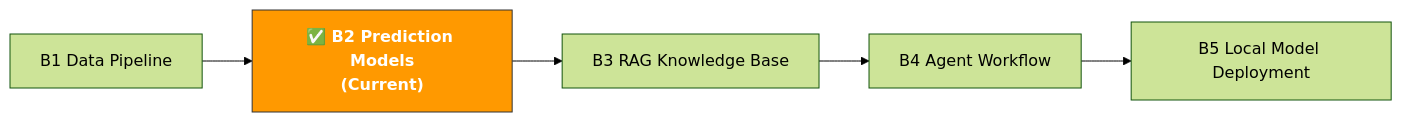
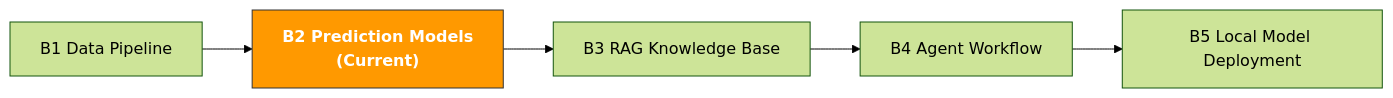
One commit to kangise/ecommerce-ai-roadmap changed the diagram in en/paths/b-developers/b2-prediction-models.md. Above: the diagram before and after it, drawn with Mermaid (forest theme). The commit also changed other lines of this file and 185 other files, not shown here.

````diff
--- a/en/paths/b-developers/b2-prediction-models.md
+++ b/en/paths/b-developers/b2-prediction-models.md
@@ -14,13 +14,13 @@
 ```mermaid
 flowchart LR
-    B1["B1 Data Pipeline"]
-    B1 --> B2
-    B2["✅ B2 Prediction Models<br/>(Current)"]:::current
-    B2 --> B3
-    B3["B3 RAG Knowledge Base"]
-    B3 --> B4
-    B4["B4 Agent Workflow"]
-    B4 --> B5
-    B5["B5 Local Model Deployment"]
-    classDef current fill:#ff9900,stroke:#333,color:#fff,font-weight:bold
+B1["B1 Data Pipeline"]
+B1 --> B2
+B2[" B2 Prediction Models<br/>(Current)"]:::current
+B2 --> B3
+B3["B3 RAG Knowledge Base"]
+B3 --> B4
+B4["B4 Agent Workflow"]
+B4 --> B5
+B5["B5 Local Model Deployment"]
+classDef current fill:#ff9900,stroke:#333,color:#fff,font-weight:bold
 ```
````
